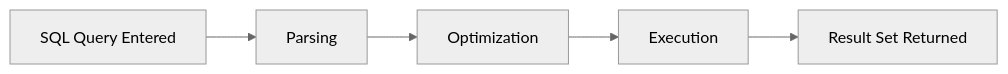
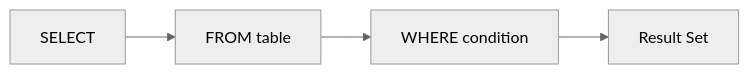
One commit to StevenJUlbrich/SRE-Training changed the first of 3 diagrams in Database/day 1/questions/mermaid_version/day-01-quiz_questions.md. Above: the diagram before and after it, drawn with Mermaid (neutral theme). The commit also changed other lines of this file and 49 other files, not shown here.

````diff
--- a/Database/day 1/questions/mermaid_version/day-01-quiz_questions.md
+++ b/Database/day 1/questions/mermaid_version/day-01-quiz_questions.md
@@ -120,7 +59,7 @@
 ```mermaid
 flowchart LR
-  S["SQL Query Entered"] --> P["Parsing"]
-  P --> O["Optimization"]
-  O --> E["Execution"]
-  E --> R["Result Set Returned"]
+   SELECT_A["SELECT <columns>"]
+   SELECT_A --> FROM_B["FROM table"]
+   FROM_B --> WHERE_C["WHERE condition"]
+   WHERE_C --> RESULT_D["Result Set"]
 ```
````
